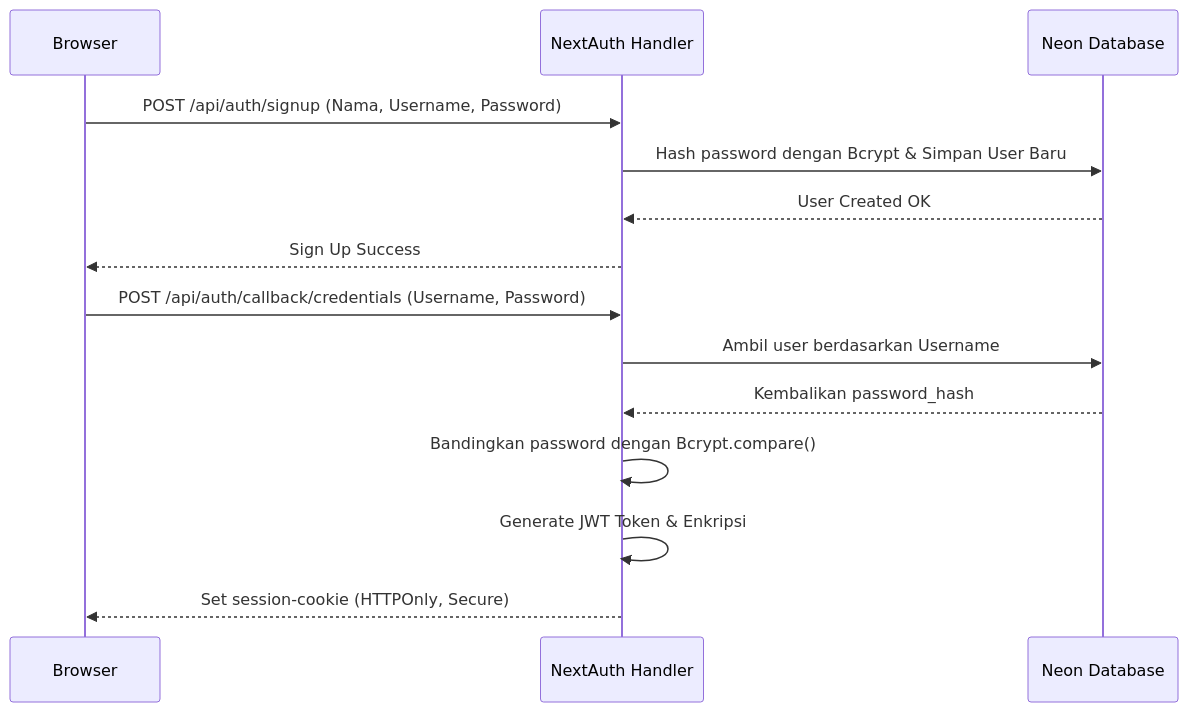
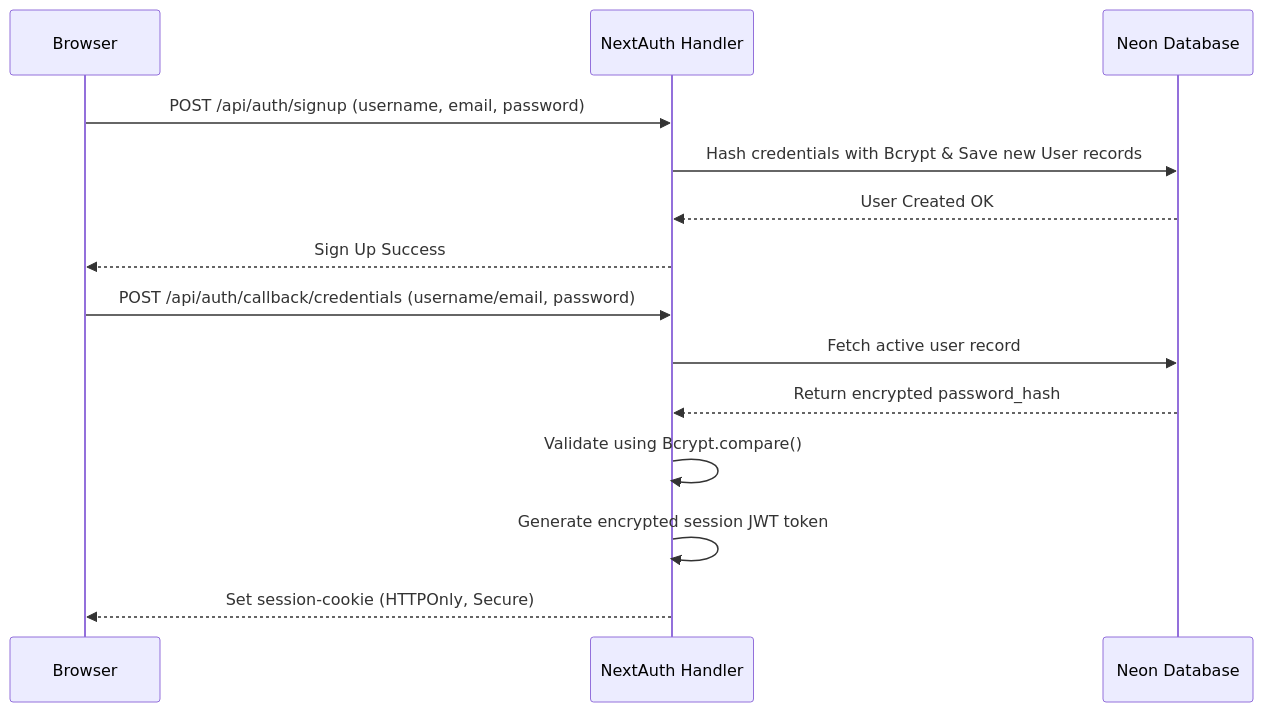
The third of 3 diagrams in System Architecture & Design Document.md (Insoyntax/Learn-Tracker), drawn with Mermaid before and after one commit. The commit also changed other lines of this file and 7 other files, not shown here.

````diff
--- a/System Architecture & Design Document.md
+++ b/System Architecture & Design Document.md
@@ -166,18 +206,18 @@
 ```mermaid
 sequenceDiagram
     participant Browser
     participant NextAuth as NextAuth Handler
     participant DB as Neon Database
 
-    Browser->>NextAuth: POST /api/auth/signup (Nama, Username, Password)
-    NextAuth->>DB: Hash password dengan Bcrypt & Simpan User Baru
+    Browser->>NextAuth: POST /api/auth/signup (username, email, password)
+    NextAuth->>DB: Hash credentials with Bcrypt & Save new User records
     DB-->>NextAuth: User Created OK
     NextAuth-->>Browser: Sign Up Success
 
-    Browser->>NextAuth: POST /api/auth/callback/credentials (Username, Password)
-    NextAuth->>DB: Ambil user berdasarkan Username
-    DB-->>NextAuth: Kembalikan password_hash
-    NextAuth->>NextAuth: Bandingkan password dengan Bcrypt.compare()
-    NextAuth->>NextAuth: Generate JWT Token & Enkripsi
+    Browser->>NextAuth: POST /api/auth/callback/credentials (username/email, password)
+    NextAuth->>DB: Fetch active user record
+    DB-->>NextAuth: Return encrypted password_hash
+    NextAuth->>NextAuth: Validate using Bcrypt.compare()
+    NextAuth->>NextAuth: Generate encrypted session JWT token
     NextAuth-->>Browser: Set session-cookie (HTTPOnly, Secure)
 ```
````
